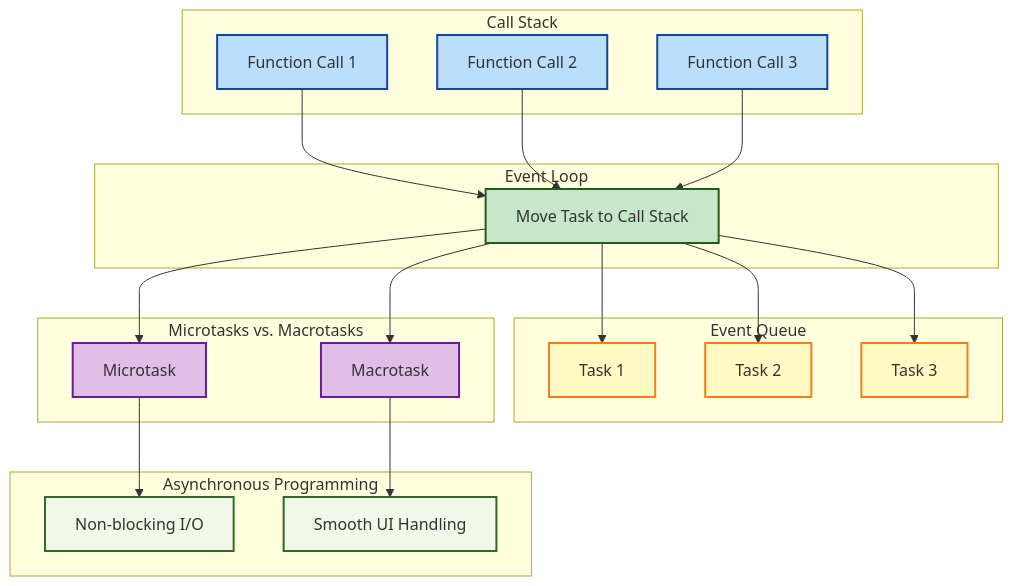
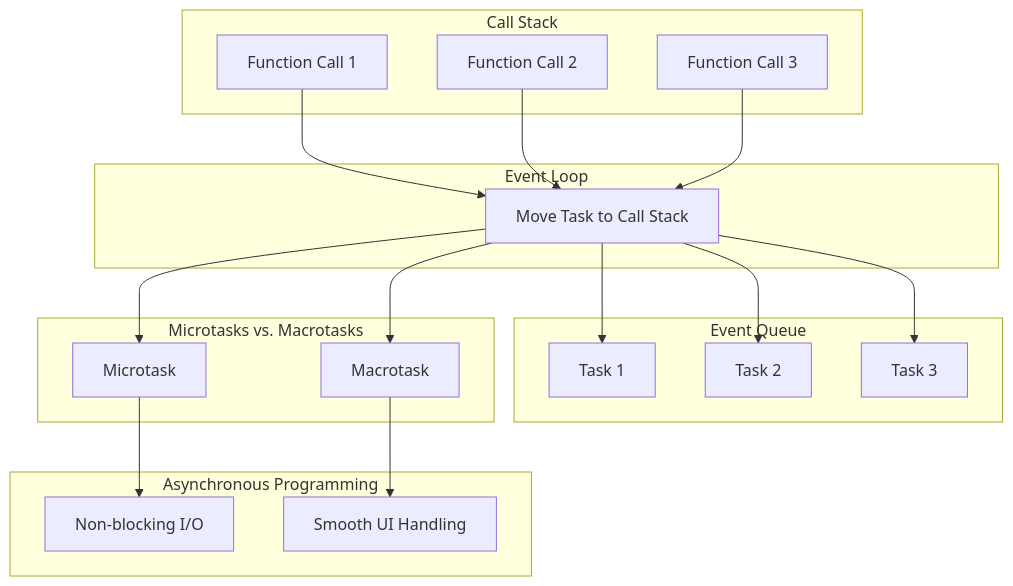
One commit to balajiudayagiri/js-dom-manipulation- changed the diagram in javascript/Javascript Event Loop/readme.md. Above: the diagram before and after it, drawn with Mermaid.

````diff
--- a/javascript/Javascript Event Loop/readme.md
+++ b/javascript/Javascript Event Loop/readme.md
@@ -205,60 +205,40 @@
 ```mermaid
 flowchart TB
   subgraph CS["Call Stack"]
       A["Function Call 1"]
       B["Function Call 2"]
       C["Function Call 3"]
   end
 
   subgraph EQ["Event Queue"]
       D["Task 1"]
       E["Task 2"]
       F["Task 3"]
   end
 
   subgraph EL["Event Loop"]
       G["Move Task to Call Stack"]
   end
 
   subgraph MT["Microtasks vs. Macrotasks"]
       H["Microtask"]
       I["Macrotask"]
   end
 
   subgraph AP["Asynchronous Programming"]
       J["Non-blocking I/O"]
       K["Smooth UI Handling"]
   end
 
   A --> G
   B --> G
   C --> G
   G --> D
   G --> E
   G --> F
   G --> H
   G --> I
   H --> J
   I --> K
 
-  %% Style nodes in Call Stack with soft blue tones
-  style A fill:#BBDEFB,stroke:#0D47A1,stroke-width:2px;
-  style B fill:#BBDEFB,stroke:#0D47A1,stroke-width:2px;
-  style C fill:#BBDEFB,stroke:#0D47A1,stroke-width:2px;
-
-  %% Style nodes in Event Queue with light yellow tones
-  style D fill:#FFF9C4,stroke:#F57F17,stroke-width:2px;
-  style E fill:#FFF9C4,stroke:#F57F17,stroke-width:2px;
-  style F fill:#FFF9C4,stroke:#F57F17,stroke-width:2px;
-
-  %% Style nodes in Event Loop with gentle green hues
-  style G fill:#C8E6C9,stroke:#1B5E20,stroke-width:2px;
-
-  %% Style nodes in Microtasks vs. Macrotasks with calm purple shades
-  style H fill:#E1BEE7,stroke:#6A1B9A,stroke-width:2px;
-  style I fill:#E1BEE7,stroke:#6A1B9A,stroke-width:2px;
-
-  %% Style nodes in Asynchronous Programming with neutral tones
-  style J fill:#F1F8E9,stroke:#33691E,stroke-width:2px;
-  style K fill:#F1F8E9,stroke:#33691E,stroke-width:2px;
 ```
````
